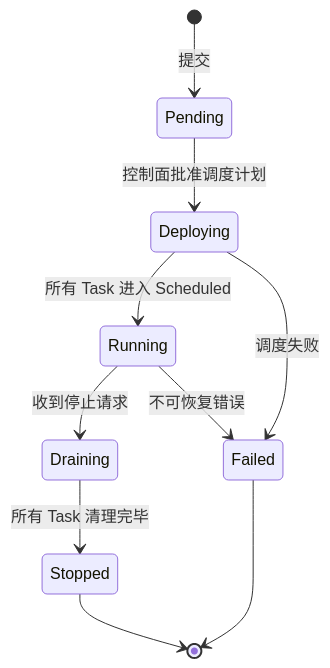
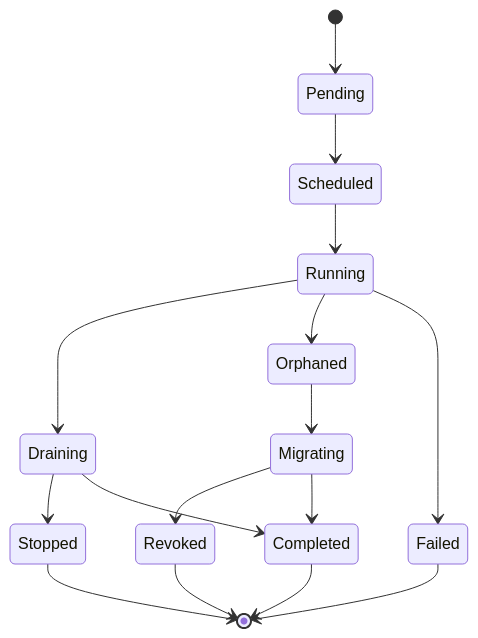
One commit to smitea/bee changed the second of 6 diagrams in docs/architecture.md. Above: the diagram before and after it, drawn with Mermaid. The commit also changed other lines of this file and 21 other files, not shown here.

````diff
--- a/docs/architecture.md
+++ b/docs/architecture.md
@@ -130,12 +173,18 @@
 ```mermaid
 stateDiagram-v2
-    [*] --> Pending: 提交
-    Pending --> Deploying: 控制面批准调度计划
-    Deploying --> Running: 所有 Task 进入 Scheduled
-    Running --> Draining: 收到停止请求
-    Draining --> Stopped: 所有 Task 清理完毕
-    Running --> Failed: 不可恢复错误
-    Deploying --> Failed: 调度失败
+    [*] --> Pending
+    Pending --> Scheduled
+    Scheduled --> Running
+    Running --> Draining
+    Draining --> Stopped
+    Running --> Orphaned
+    Orphaned --> Migrating
+    Migrating --> Revoked
+    Migrating --> Completed
+    Draining --> Completed
+    Running --> Failed
     Stopped --> [*]
+    Revoked --> [*]
+    Completed --> [*]
     Failed --> [*]
 ```
````
